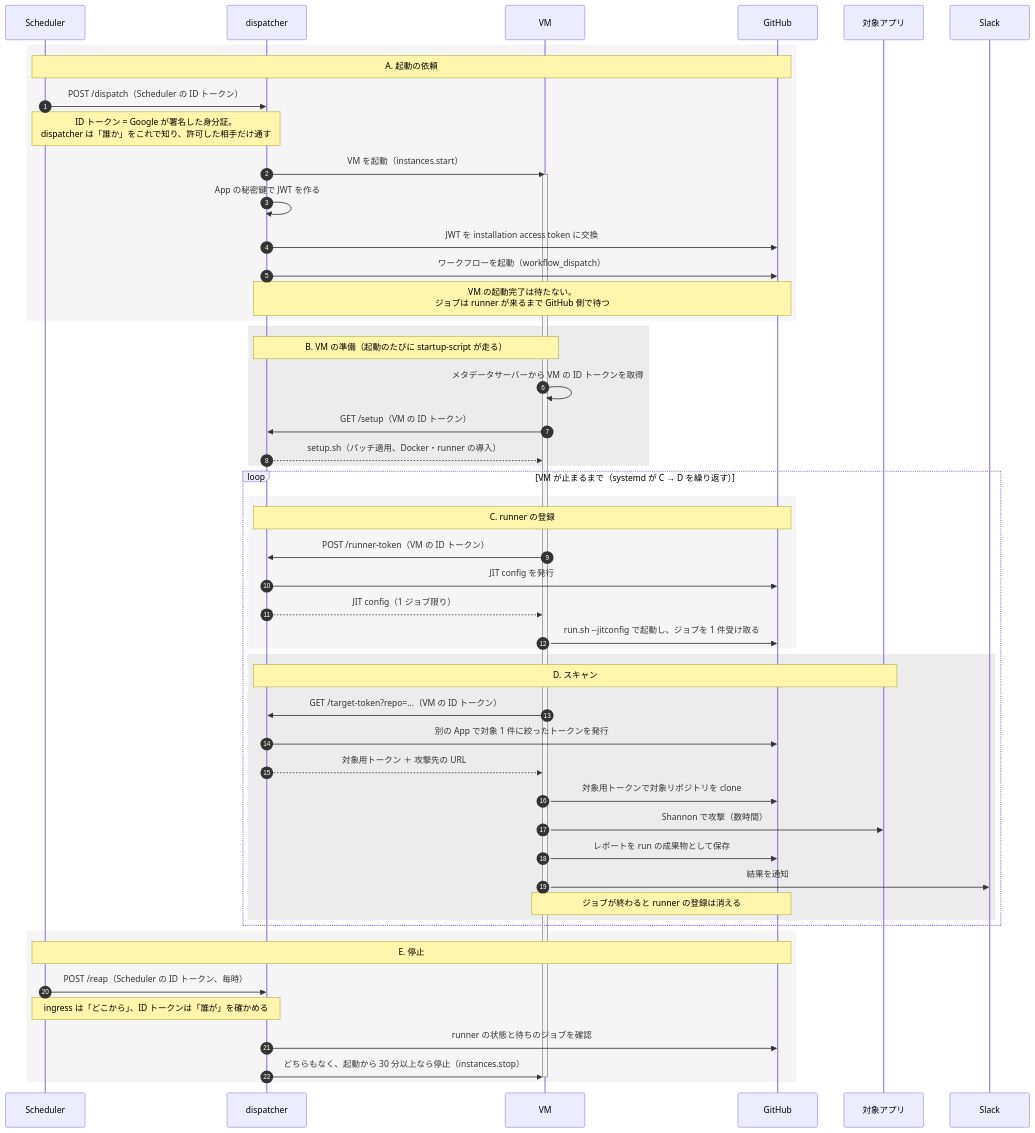
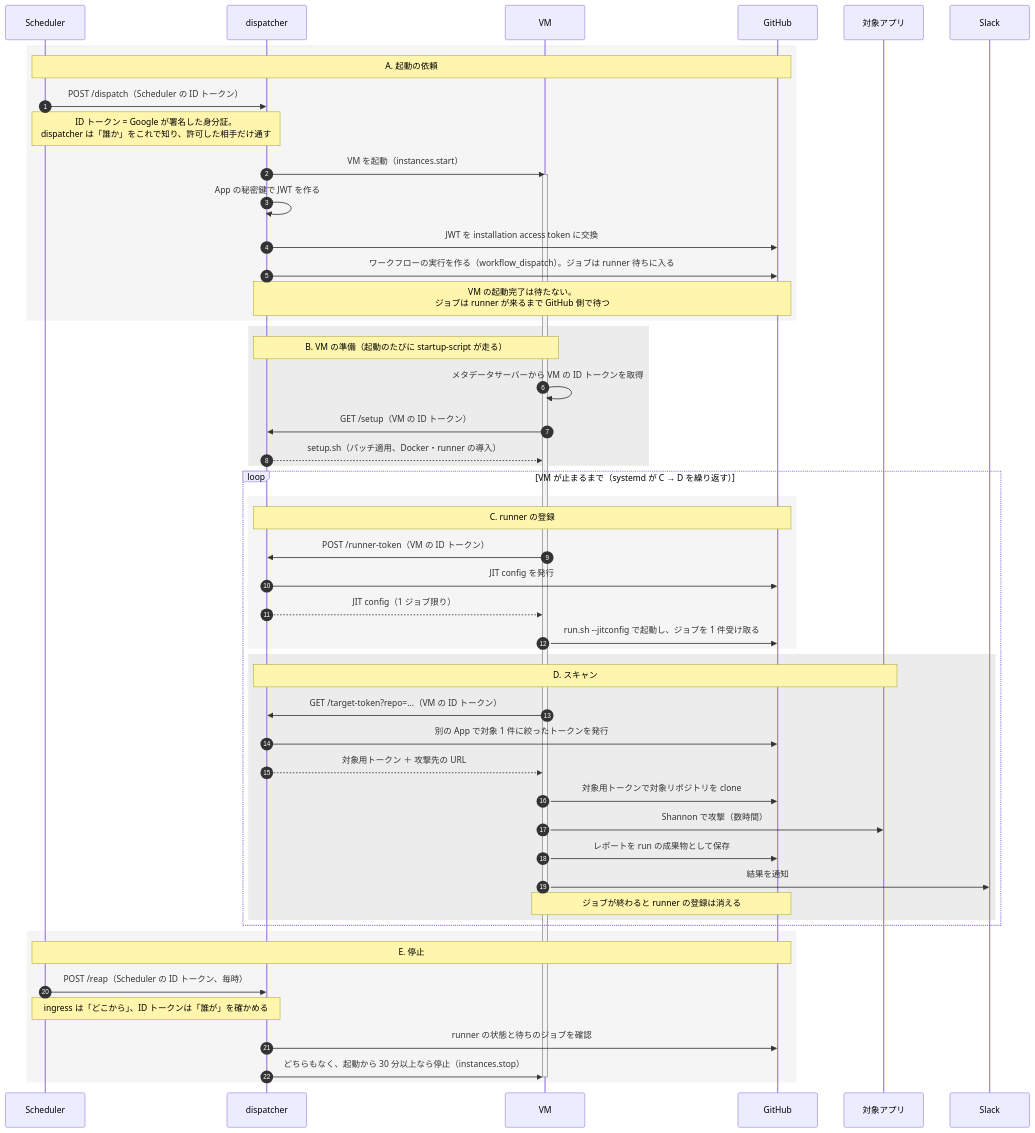
Before and after one commit to newbee1939/h6o: the first of 2 diagrams in posts/shannon-runner.ja.md, drawn with Mermaid. The commit also changed other lines of this file and 1 other file, not shown here.

````diff
--- a/posts/shannon-runner.ja.md
+++ b/posts/shannon-runner.ja.md
@@ -95,60 +95,60 @@
 ```mermaid
 sequenceDiagram
   autonumber
   participant S as Scheduler
   participant D as dispatcher
   participant V as VM
   participant G as GitHub
   participant T as 対象アプリ
   participant SL as Slack
 
   rect rgba(128, 128, 128, 0.08)
     Note over S,G: A. 起動の依頼
     S->>D: POST /dispatch（Scheduler の ID トークン）
     Note over S,D: ID トークン = Google が署名した身分証。<br>dispatcher は「誰か」をこれで知り、許可した相手だけ通す
     D->>V: VM を起動（instances.start）
     activate V
     D->>D: App の秘密鍵で JWT を作る
     D->>G: JWT を installation access token に交換
-    D->>G: ワークフローを起動（workflow_dispatch）
+    D->>G: ワークフローの実行を作る（workflow_dispatch）。ジョブは runner 待ちに入る
     Note over D,G: VM の起動完了は待たない。<br>ジョブは runner が来るまで GitHub 側で待つ
   end
 
   rect rgba(128, 128, 128, 0.15)
     Note over D,V: B. VM の準備（起動のたびに startup-script が走る）
     V->>V: メタデータサーバーから VM の ID トークンを取得
     V->>D: GET /setup（VM の ID トークン）
     D-->>V: setup.sh（パッチ適用、Docker・runner の導入）
   end
 
   loop VM が止まるまで（systemd が C → D を繰り返す）
     rect rgba(128, 128, 128, 0.08)
       Note over D,G: C. runner の登録
       V->>D: POST /runner-token（VM の ID トークン）
       D->>G: JIT config を発行
       D-->>V: JIT config（1 ジョブ限り）
       V->>G: run.sh --jitconfig で起動し、ジョブを 1 件受け取る
     end
 
     rect rgba(128, 128, 128, 0.15)
       Note over D,T: D. スキャン
       V->>D: GET /target-token?repo=...（VM の ID トークン）
       D->>G: 別の App で対象 1 件に絞ったトークンを発行
       D-->>V: 対象用トークン ＋ 攻撃先の URL
       V->>G: 対象用トークンで対象リポジトリを clone
       V->>T: Shannon で攻撃（数時間）
       V->>G: レポートを run の成果物として保存
       V->>SL: 結果を通知
       Note over V,G: ジョブが終わると runner の登録は消える
     end
   end
 
   rect rgba(128, 128, 128, 0.08)
     Note over S,G: E. 停止
     S->>D: POST /reap（Scheduler の ID トークン、毎時）
     Note over S,D: ingress は「どこから」、ID トークンは「誰が」を確かめる
     D->>G: runner の状態と待ちのジョブを確認
     D->>V: どちらもなく、起動から 30 分以上なら停止（instances.stop）
     deactivate V
   end
 ```
````
